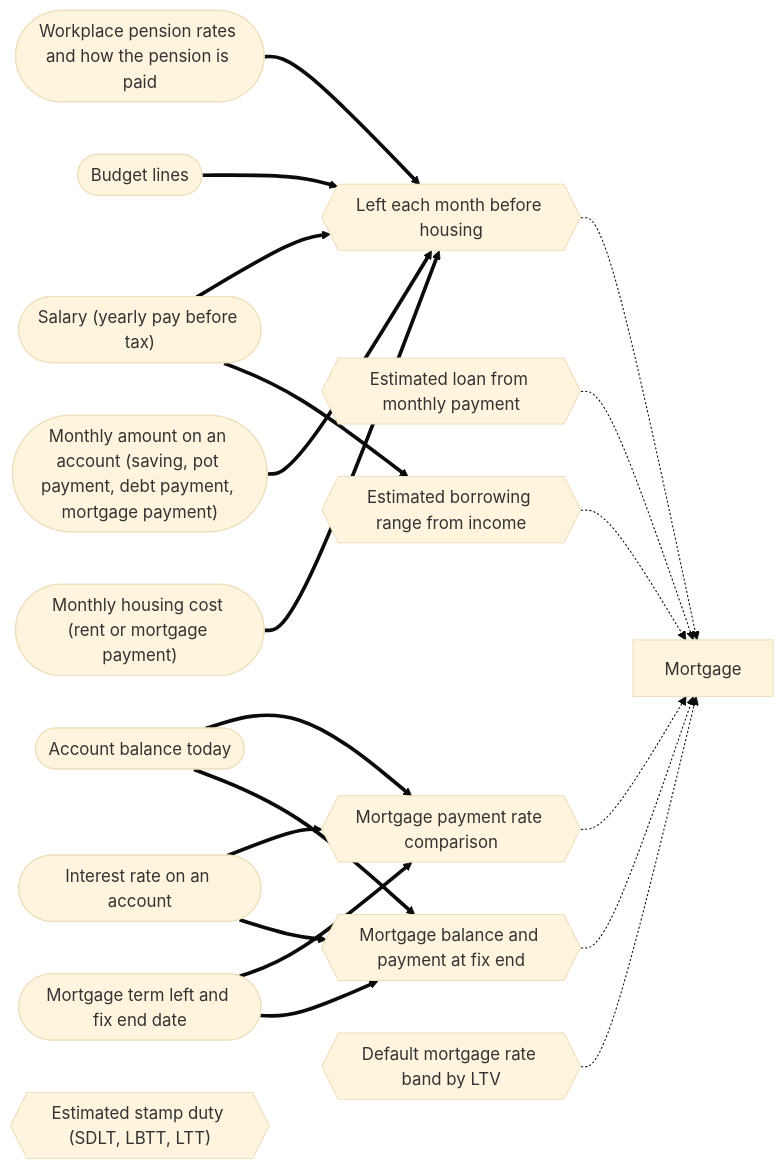
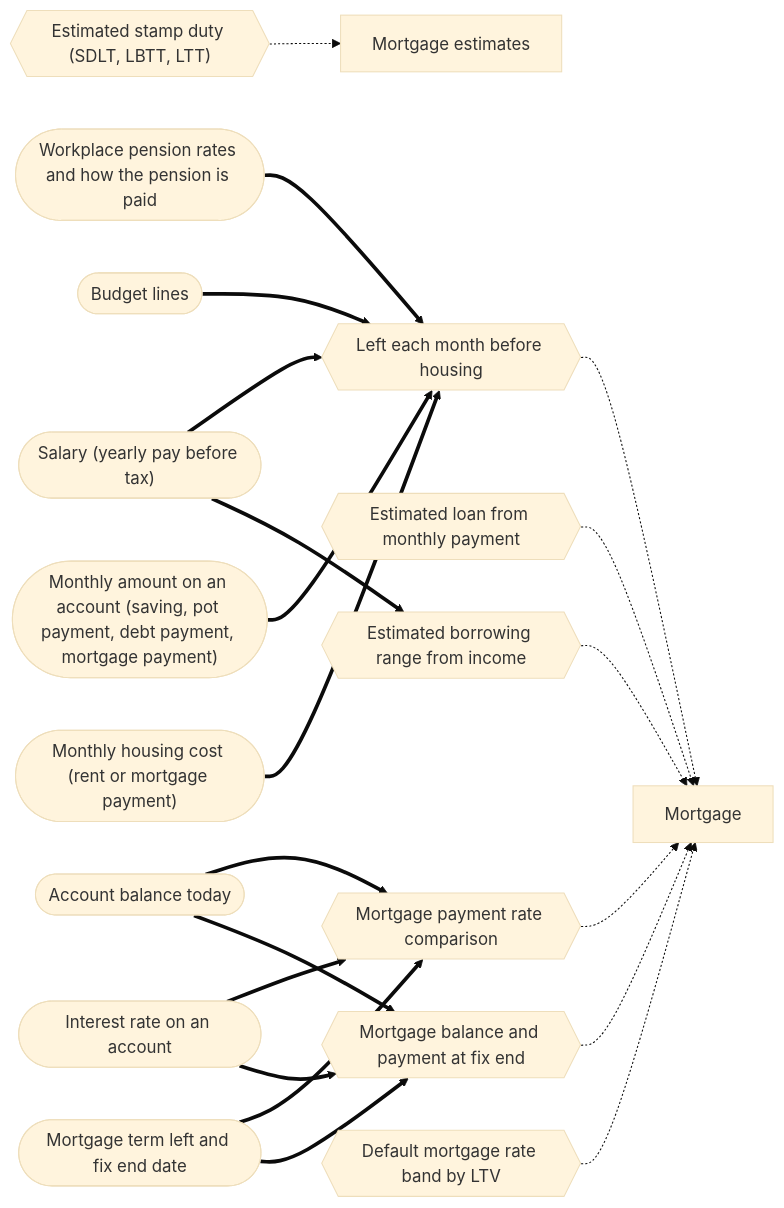
Before and after one commit to mgallagher56/flump: the eighth of 8 diagrams in docs/system/generated/connections.md, drawn with Mermaid (base theme). The commit also changed 15 other files, not shown here.

First line of the commit message:
feat(web): stamp duty estimate on mortgage estimates (E39 S2)

````diff
--- a/docs/system/generated/connections.md
+++ b/docs/system/generated/connections.md
@@ -598,37 +598,39 @@
 ```mermaid
 flowchart LR
   s_mortgage["Mortgage"]
+  s_mortgage_estimates["Mortgage estimates"]
   g_housing_room{{"Left each month before housing"}}
   f_salary(["Salary (yearly pay before tax)"])
   f_salary ==> g_housing_room
   f_pension_rates(["Workplace pension rates and how the pension is paid"])
   f_pension_rates ==> g_housing_room
   f_budget_entries(["Budget lines"])
   f_budget_entries ==> g_housing_room
   f_account_monthly_amount(["Monthly amount on an account (saving, pot payment, debt payment, mortgage payment)"])
   f_account_monthly_amount ==> g_housing_room
   f_housing_cost(["Monthly housing cost (rent or mortgage payment)"])
   f_housing_cost ==> g_housing_room
   g_housing_room -.-> s_mortgage
   g_mortgage_budget_loan_estimate{{"Estimated loan from monthly payment"}}
   g_mortgage_budget_loan_estimate -.-> s_mortgage
   g_mortgage_income_multiple_range{{"Estimated borrowing range from income"}}
   f_salary ==> g_mortgage_income_multiple_range
   g_mortgage_income_multiple_range -.-> s_mortgage
   g_mortgage_rate_comparison{{"Mortgage payment rate comparison"}}
   f_account_balance(["Account balance today"])
   f_account_balance ==> g_mortgage_rate_comparison
   f_account_rate(["Interest rate on an account"])
   f_account_rate ==> g_mortgage_rate_comparison
   f_mortgage_term_and_fix_end(["Mortgage term left and fix end date"])
   f_mortgage_term_and_fix_end ==> g_mortgage_rate_comparison
   g_mortgage_rate_comparison -.-> s_mortgage
   g_mortgage_fix_end_estimate{{"Mortgage balance and payment at fix end"}}
   f_account_balance ==> g_mortgage_fix_end_estimate
   f_account_rate ==> g_mortgage_fix_end_estimate
   f_mortgage_term_and_fix_end ==> g_mortgage_fix_end_estimate
   g_mortgage_fix_end_estimate -.-> s_mortgage
   g_mortgage_ltv_rate_band{{"Default mortgage rate band by LTV"}}
   g_mortgage_ltv_rate_band -.-> s_mortgage
   g_property_transaction_tax{{"Estimated stamp duty (SDLT, LBTT, LTT)"}}
+  g_property_transaction_tax -.-> s_mortgage_estimates
 ```
````
